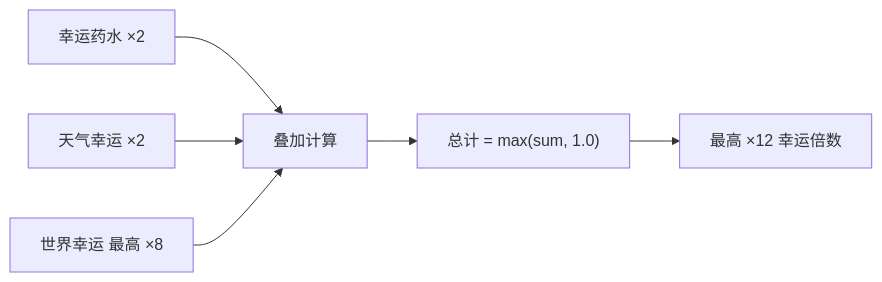
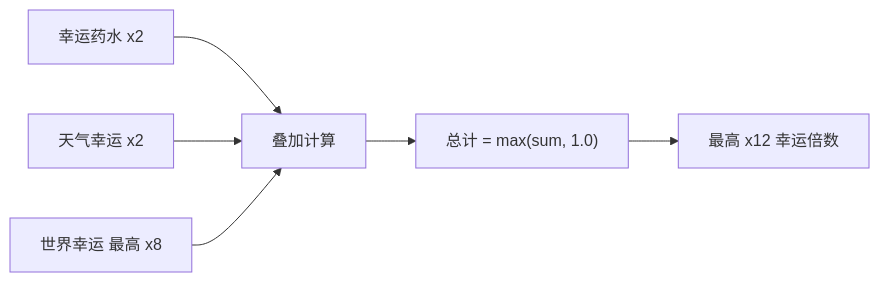
One commit to SeaLoong/Fish-Udon-Raw-Ilcode changed the eighth of 12 diagrams in docs/gamedata-zh.md. Above: the diagram before and after it, drawn with Mermaid. The commit also changed other lines of this file and 7 other files, not shown here.

````diff
--- a/docs/gamedata-zh.md
+++ b/docs/gamedata-zh.md
@@ -401,8 +393,8 @@
 ```mermaid
 flowchart LR
-    A[幸运药水 ×2] --> D[叠加计算]
-    B[天气幸运 ×2] --> D
-    C[世界幸运 最高 ×8] --> D
+    A["幸运药水 x2"] --> D["叠加计算"]
+    B["天气幸运 x2"] --> D
+    C["世界幸运 最高 x8"] --> D
     D --> E["总计 = max(sum, 1.0)"]
-    E --> F["最高 ×12 幸运倍数"]
+    E --> F["最高 x12 幸运倍数"]
 ```
````
